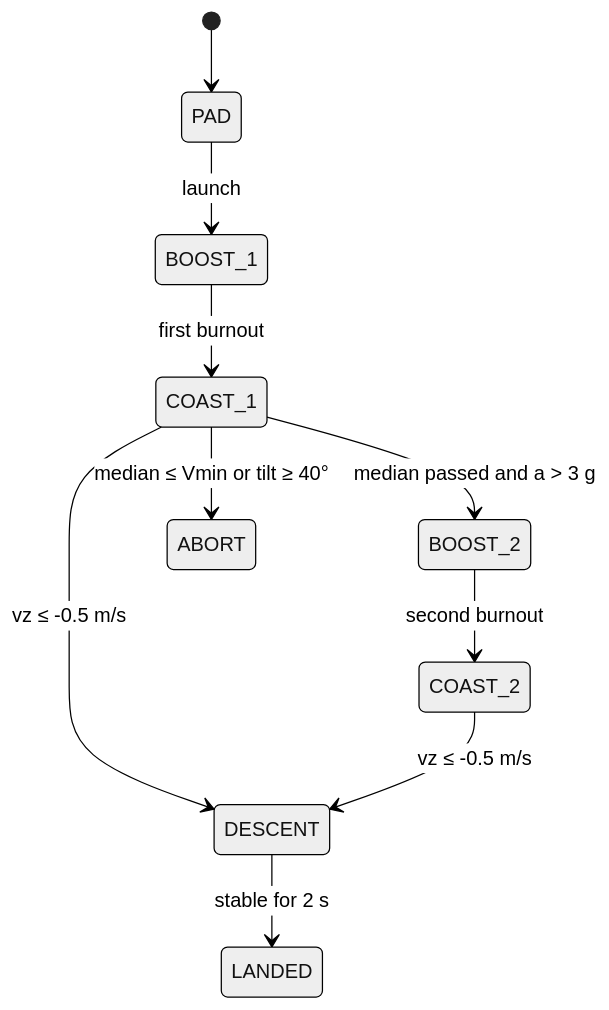
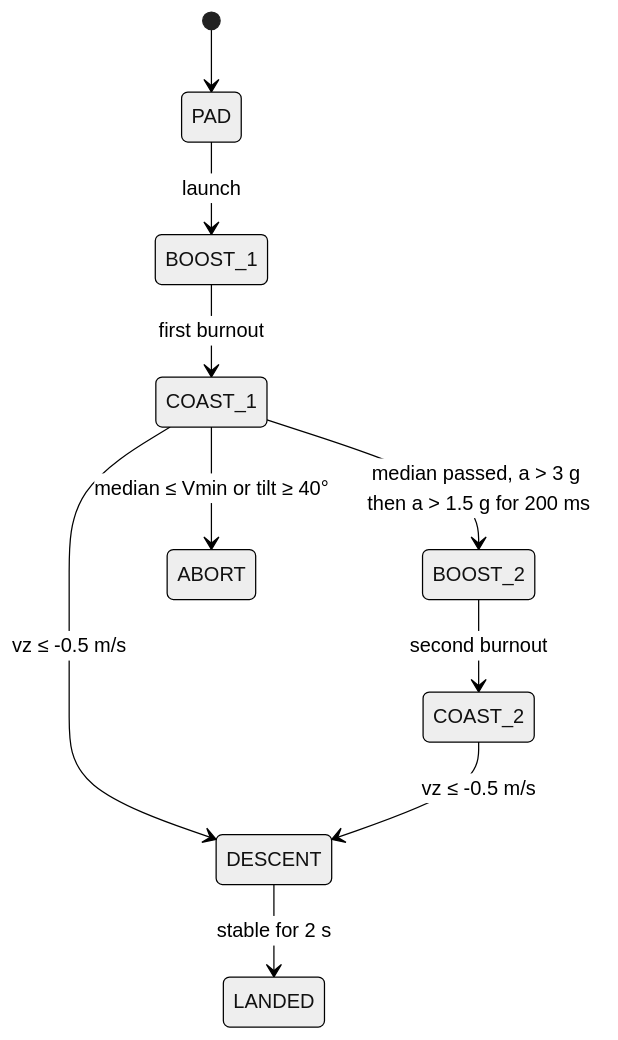
The second of 3 diagrams in docs/technical/STATE_MACHINES.md (rotellini9809/perpetual_code), drawn with Mermaid (neutral theme) before and after one commit. The commit also changed other lines of this file and 22 other files, not shown here.

````diff
--- a/docs/technical/STATE_MACHINES.md
+++ b/docs/technical/STATE_MACHINES.md
@@ -61,12 +70,12 @@
 ```mermaid
 stateDiagram-v2
     [*] --> PAD
     PAD --> BOOST_1: launch
     BOOST_1 --> COAST_1: first burnout
-    COAST_1 --> BOOST_2: median passed and a > 3 g
+    COAST_1 --> BOOST_2: median passed, a > 3 g then a > 1.5 g for 200 ms
     COAST_1 --> DESCENT: vz ≤ -0.5 m/s
     BOOST_2 --> COAST_2: second burnout
     COAST_2 --> DESCENT: vz ≤ -0.5 m/s
     DESCENT --> LANDED: stable for 2 s
     COAST_1 --> ABORT: median ≤ Vmin or tilt ≥ 40°
 ```
````
